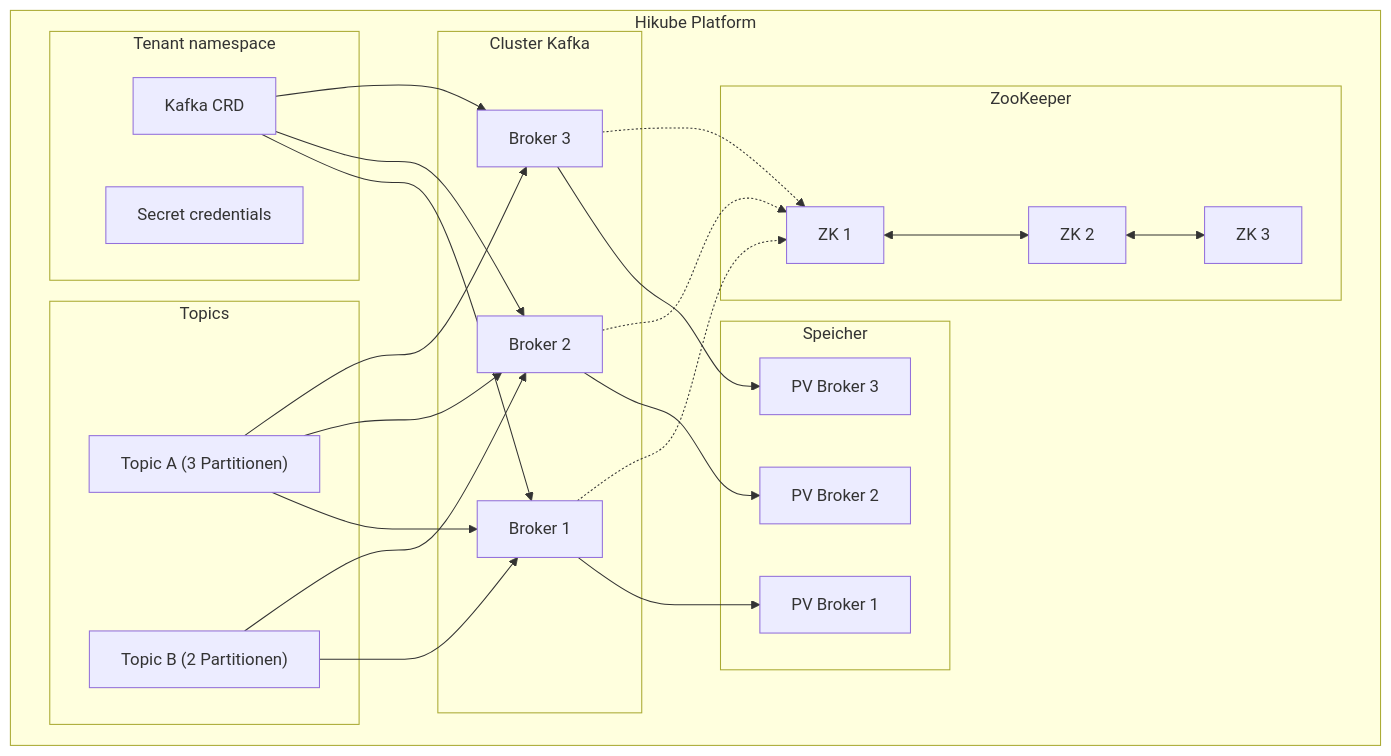
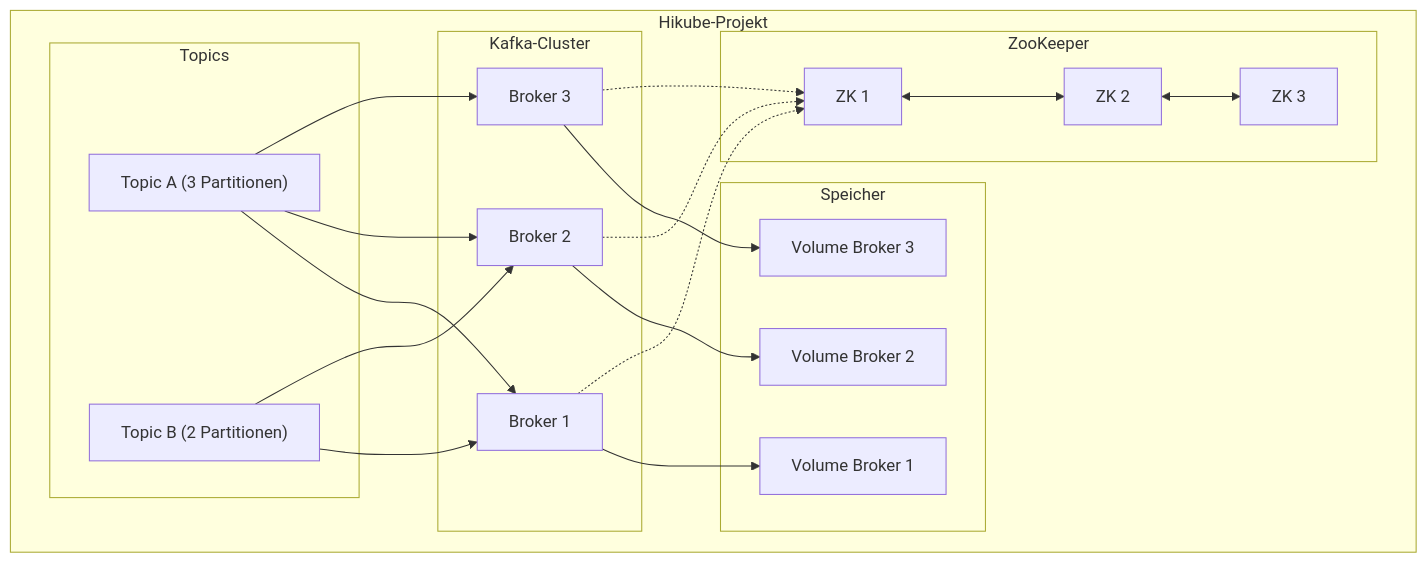
One commit to HidoraSwiss/hikube-public-doc changed the first of 2 diagrams in i18n/de/docusaurus-plugin-content-docs/current/services/messaging/kafka/concepts.md. Above: the diagram before and after it, drawn with Mermaid. The commit also changed other lines of this file and 148 other files, not shown here.

````diff
--- a/i18n/de/docusaurus-plugin-content-docs/current/services/messaging/kafka/concepts.md
+++ b/i18n/de/docusaurus-plugin-content-docs/current/services/messaging/kafka/concepts.md
@@ -12,49 +17,41 @@
 ```mermaid
 graph TB
-    subgraph "Hikube Platform"
-        subgraph "Tenant namespace"
-            CR[Kafka CRD]
-            SEC[Secret credentials]
-        end
-
-        subgraph "Cluster Kafka"
+    subgraph "Hikube-Projekt"
+        subgraph "Kafka-Cluster"
             B1[Broker 1]
             B2[Broker 2]
             B3[Broker 3]
         end
 
         subgraph "ZooKeeper"
             Z1[ZK 1]
             Z2[ZK 2]
             Z3[ZK 3]
         end
 
         subgraph "Topics"
             T1["Topic A (3 Partitionen)"]
             T2["Topic B (2 Partitionen)"]
         end
 
         subgraph "Speicher"
-            PV1[PV Broker 1]
-            PV2[PV Broker 2]
-            PV3[PV Broker 3]
+            PV1[Volume Broker 1]
+            PV2[Volume Broker 2]
+            PV3[Volume Broker 3]
         end
     end
 
-    CR --> B1
-    CR --> B2
-    CR --> B3
     B1 --> PV1
     B2 --> PV2
     B3 --> PV3
     Z1 <--> Z2
     Z2 <--> Z3
     B1 -.-> Z1
     B2 -.-> Z1
     B3 -.-> Z1
     T1 --> B1
     T1 --> B2
     T1 --> B3
     T2 --> B1
     T2 --> B2
 ```
````
